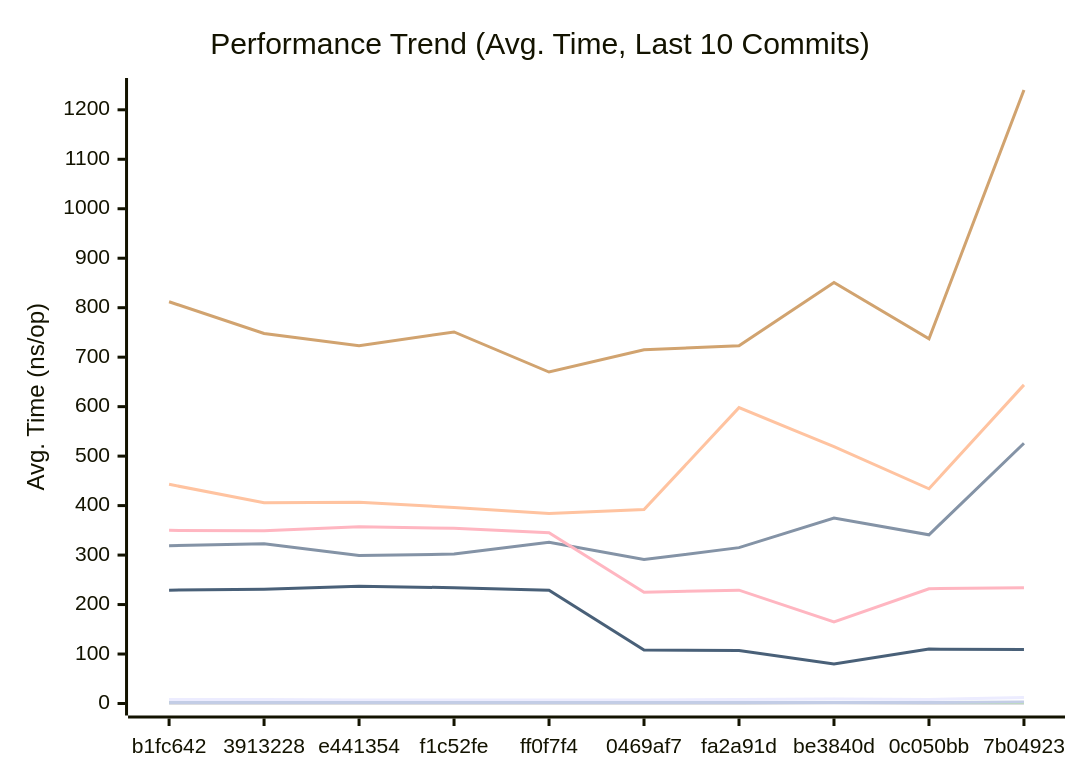
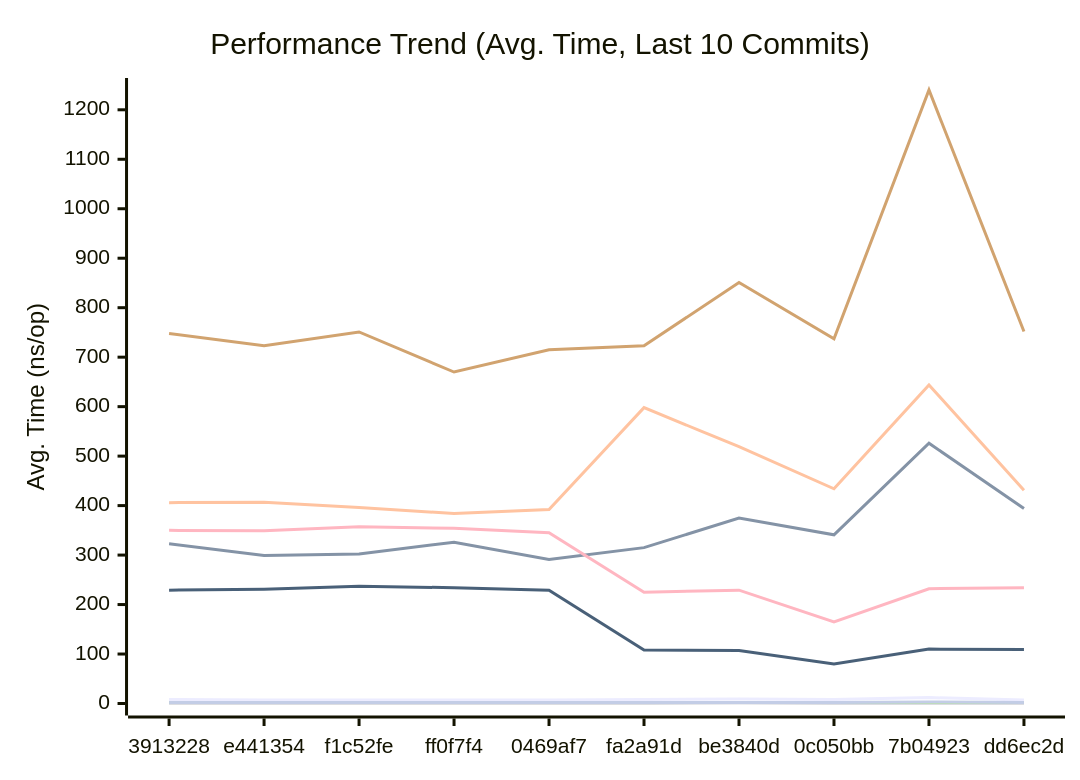
One commit to alsotoes/momo changed the first of 3 diagrams in docs/PERFORMANCE.md. Above: the diagram before and after it, drawn with Mermaid. The commit also changed other lines of this file and 4 other files, not shown here.

````diff
--- a/docs/PERFORMANCE.md
+++ b/docs/PERFORMANCE.md
@@ -80,16 +80,16 @@
 ```mermaid
 xychart-beta
     title "Performance Trend (Avg. Time, Last 10 Commits)"
     x-axis "Commit"
     y-axis "Avg. Time (ns/op)"
-    x-axis [b1fc642,3913228,e441354,f1c52fe,ff0f7f4,0469af7,fa2a91d,be3840d,0c050bb,7b04923]
-    line "CheckMetricsAndSwap" [8,8,7,7,7,7,8,9,8,12]
-    line "CrushOptimized" [319,323,299,302,326,291,315,375,341,526]
-    line "CrushOriginal" [443,406,407,396,384,392,598,519,434,644]
-    line "IndexDirectTracking" [0,0,0,0,0,0,0,1,0,0]
+    x-axis [3913228,e441354,f1c52fe,ff0f7f4,0469af7,fa2a91d,be3840d,0c050bb,7b04923,dd6ec2d]
+    line "CheckMetricsAndSwap" [8,7,7,7,7,8,9,8,12,7]
+    line "CrushOptimized" [323,299,302,326,291,315,375,341,526,394]
+    line "CrushOriginal" [406,407,396,384,392,598,519,434,644,431]
+    line "IndexDirectTracking" [0,0,0,0,0,0,1,0,0,0]
     line "IndexSearch" [2,2,2,2,2,2,2,2,2,2]
-    line "LoadGlobalConfig" [812,748,723,751,670,715,723,851,737,1240]
-    line "PadString" [2,2,2,2,2,2,2,2,2,3]
+    line "LoadGlobalConfig" [748,723,751,670,715,723,851,737,1240,752]
+    line "PadString" [2,2,2,2,2,2,2,2,3,2]
     line "ParseReplicationOrder_NoPrealloc" [350,349,357,354,345,225,229,165,232,234]
     line "ParseReplicationOrder_Prealloc" [229,231,237,234,229,108,107,80,110,109]
 ```
````
